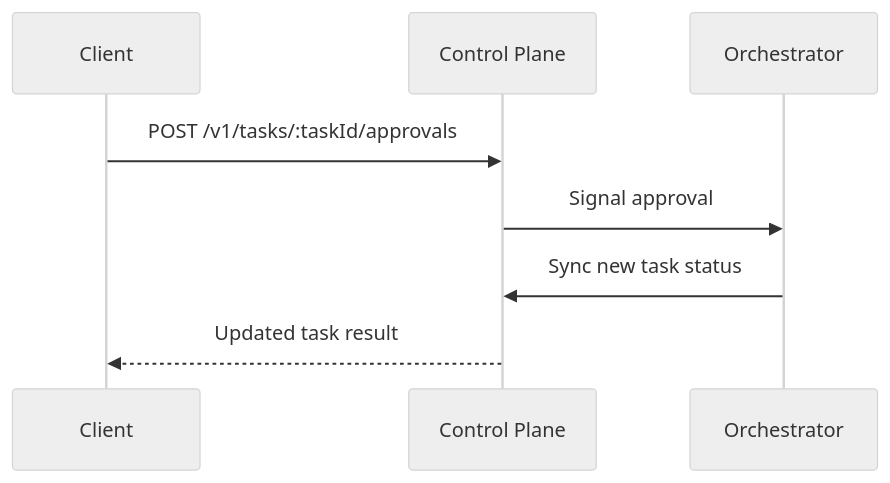
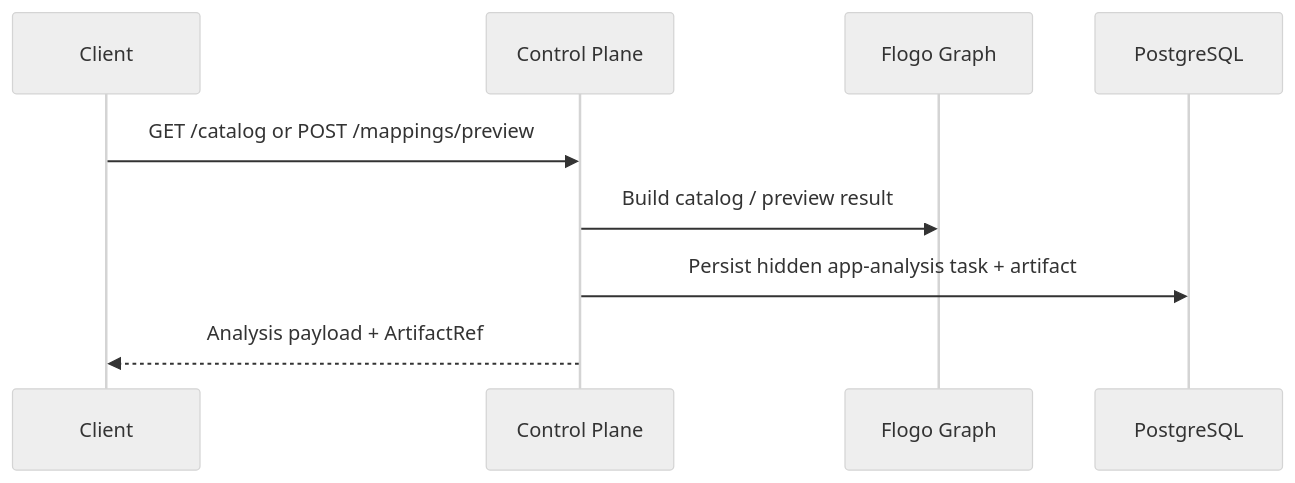
Before and after one commit to aldoapicella/flogo-agent-platform: the third of 4 diagrams in docs/architecture.md, drawn with Mermaid (neutral theme). The commit also changed other lines of this file and 39 other files, not shown here.

````diff
--- a/docs/architecture.md
+++ b/docs/architecture.md
@@ -207,11 +270,12 @@
 ```mermaid
 sequenceDiagram
   participant Client
   participant CP as Control Plane
-  participant O as Orchestrator
+  participant FG as Flogo Graph
+  participant DB as PostgreSQL
 
-  Client->>CP: POST /v1/tasks/:taskId/approvals
-  CP->>O: Signal approval
-  O->>CP: Sync new task status
-  CP-->>Client: Updated task result
+  Client->>CP: GET /catalog or POST /mappings/preview
+  CP->>FG: Build catalog / preview result
+  CP->>DB: Persist hidden app-analysis task + artifact
+  CP-->>Client: Analysis payload + ArtifactRef
 ```
````
